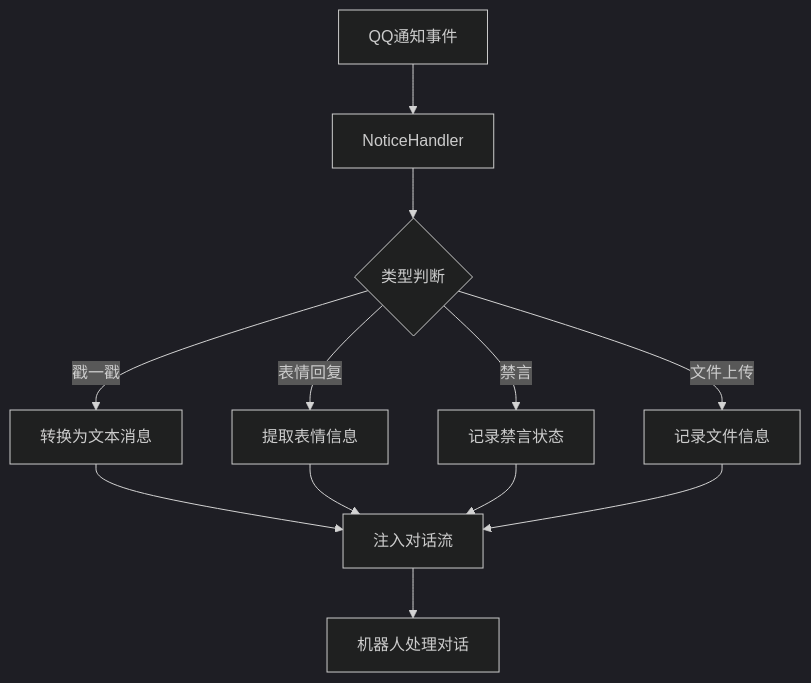
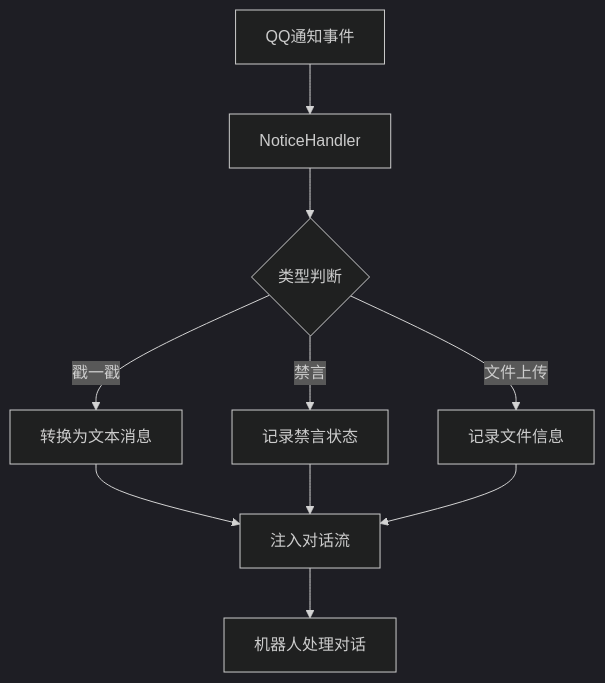
The diagram in README.md (Acid37/Neo-notice_injector), drawn with Mermaid (dark theme) before and after one commit. The commit also changed other lines of this file and 6 other files, not shown here.

````diff
--- a/README.md
+++ b/README.md
@@ -58,14 +54,12 @@
 ```mermaid
 graph TD
     A[QQ通知事件] --> B[NoticeHandler]
     B --> C{类型判断}
     C -->|戳一戳| D[转换为文本消息]
-    C -->|表情回复| E[提取表情信息]
-    C -->|禁言| F[记录禁言状态]
-    C -->|文件上传| G[记录文件信息]
-    D --> H[注入对话流]
-    E --> H
-    F --> H
-    G --> H
-    H --> I[机器人处理对话]
+    C -->|禁言| E[记录禁言状态]
+    C -->|文件上传| F[记录文件信息]
+    D --> G[注入对话流]
+    E --> G
+    F --> G
+    G --> H[机器人处理对话]
 ```
````
